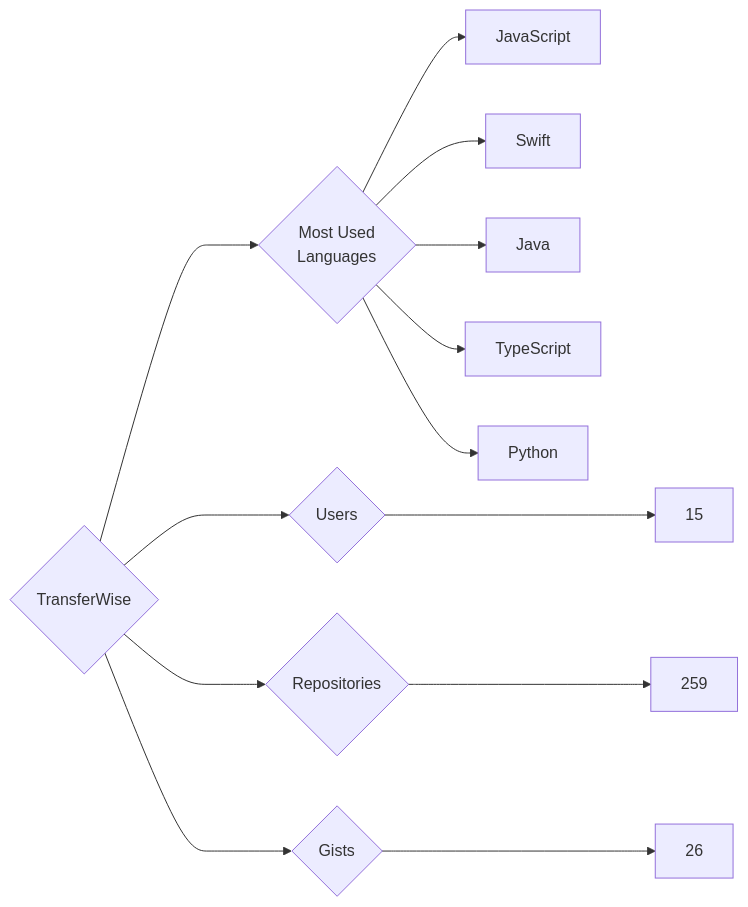
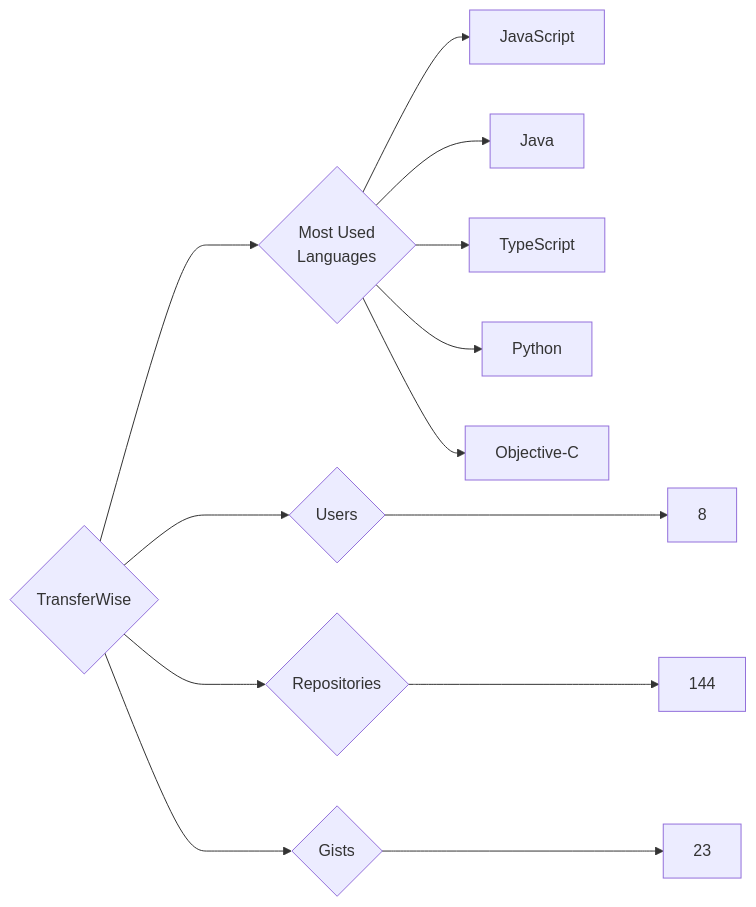
One commit to trickest/insiders changed the diagram in targets/TransferWise/README.md. Above: the diagram before and after it, drawn with Mermaid. The commit also changed 870 other files, not shown here.

````diff
--- a/targets/TransferWise/README.md
+++ b/targets/TransferWise/README.md
@@ -3,13 +3,13 @@
 ```mermaid
 graph LR
 COMPANY_NAME{TransferWise}
-COMPANY_NAME ---> U{Users} ---> UN[15]
-COMPANY_NAME ---> R{Repositories} ---> RN[259]
-COMPANY_NAME ---> G{Gists} ---> GN[26]
+COMPANY_NAME ---> U{Users} ---> UN[8]
+COMPANY_NAME ---> R{Repositories} ---> RN[144]
+COMPANY_NAME ---> G{Gists} ---> GN[23]
 COMPANY_NAME ---> ML{Most Used<br>Languages}
 ML --> JavaScript[JavaScript]
-ML --> Swift[Swift]
 ML --> Java[Java]
 ML --> TypeScript[TypeScript]
 ML --> Python[Python]
+ML --> Objective-C[Objective-C]
 ```
````
